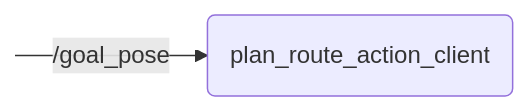
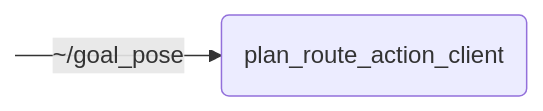
One commit to openads-project/lanelet2_route_planning changed the diagram in plan_route_action_client/README.md. Above: the diagram before and after it, drawn with Mermaid. The commit also changed other lines of this file and 7 other files, not shown here.

````diff
--- a/plan_route_action_client/README.md
+++ b/plan_route_action_client/README.md
@@ -17,6 +17,6 @@
 ```mermaid
 flowchart LR
     NODE("plan_route_action_client")
-    S0:::hidden -->|/goal_pose| NODE
+    S0:::hidden -->|~/goal_pose| NODE
     classDef hidden display: none;
 ```
````
